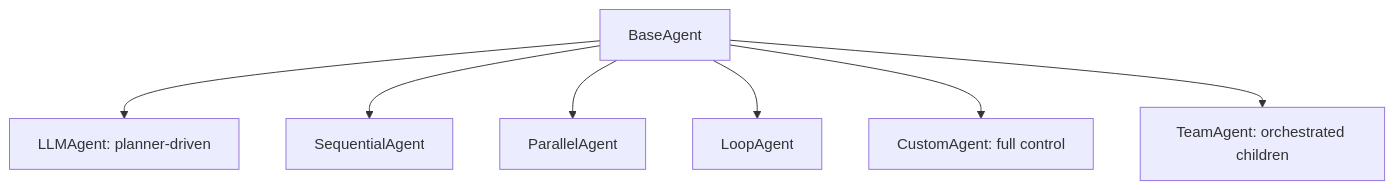
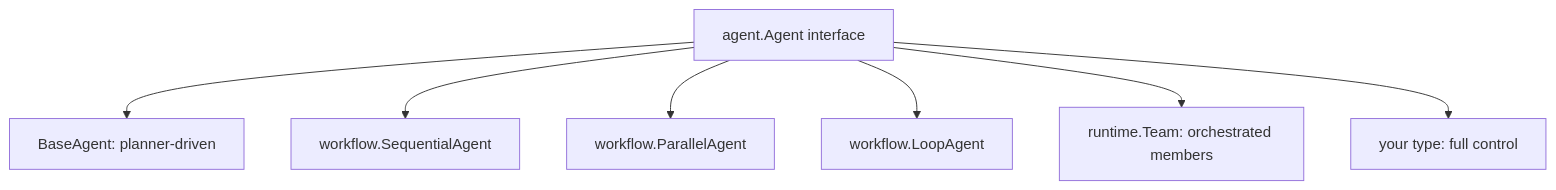
One commit to lookatitude/beluga-ai changed the second of 3 diagrams in docs/architecture/05-agent-anatomy.md. Above: the diagram before and after it, drawn with Mermaid. The commit also changed other lines of this file and 109 other files, not shown here.

````diff
--- a/docs/architecture/05-agent-anatomy.md
+++ b/docs/architecture/05-agent-anatomy.md
@@ -88,10 +72,10 @@
 ```mermaid
 graph TD
-  BA[BaseAgent]
-  BA --> LLM[LLMAgent: planner-driven]
-  BA --> Seq[SequentialAgent]
-  BA --> Par[ParallelAgent]
-  BA --> Loop[LoopAgent]
-  BA --> Cust[CustomAgent: full control]
-  BA --> Team[TeamAgent: orchestrated children]
+  I[agent.Agent interface]
+  I --> BA[BaseAgent: planner-driven]
+  I --> Seq[workflow.SequentialAgent]
+  I --> Par[workflow.ParallelAgent]
+  I --> Loop[workflow.LoopAgent]
+  I --> Team[runtime.Team: orchestrated members]
+  I --> Cust[your type: full control]
 ```
````
